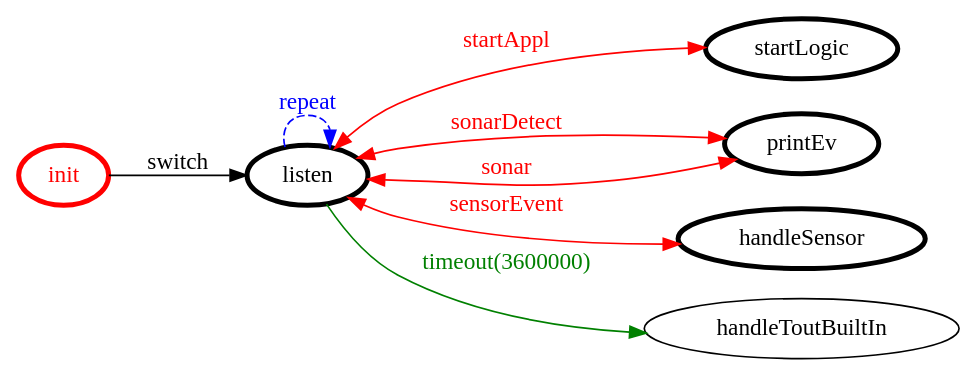
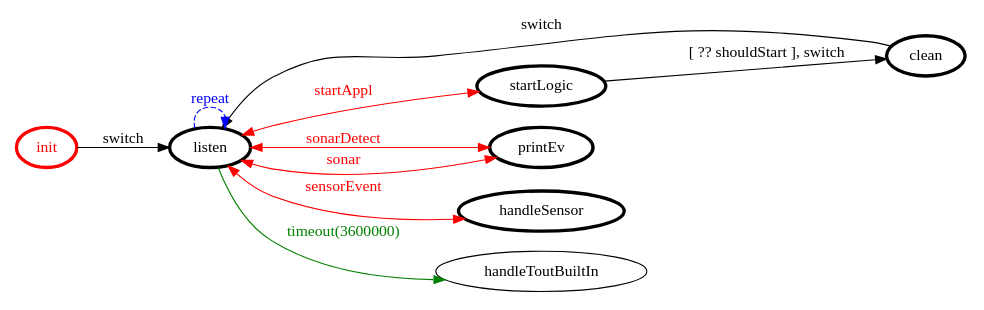
The diagram in it.unibo.finaltask/srcMore/it/unibo/webguiexecutor/webguiexecutor.gv (piscoTech/uniboIss2018), drawn with Graphviz before and after one commit. The commit also changed 59 other files, not shown here.

```diff
--- a/it.unibo.finaltask/srcMore/it/unibo/webguiexecutor/webguiexecutor.gv
+++ b/it.unibo.finaltask/srcMore/it/unibo/webguiexecutor/webguiexecutor.gv
@@ -1,25 +1,28 @@
 /*
 *
 * A GraphViz DOT FSM description 
 * Please use a GraphViz visualizer (like http://www.webgraphviz.com)
 *  
 */
 
 digraph finite_state_machine {
 	rankdir=LR
 	size="8,5"
 	
 	init [ color = red ][ fontcolor = red ][ penwidth = 3 ]
 	startLogic [ color = black ][ fontcolor = black ][ penwidth = 3 ]
 	printEv [ color = black ][ fontcolor = black ][ penwidth = 3 ]
 	handleSensor [ color = black ][ fontcolor = black ][ penwidth = 3 ]
+	clean [ color = black ][ fontcolor = black ][ penwidth = 3 ]
 	listen [ color = black ][ fontcolor = black ][ penwidth = 3 ]
 	
 	listen -> listen [ label = "repeat "][ style = dashed ][ color = blue ][ fontcolor = blue ]
 	listen -> printEv [ label = "sonarDetect" ][ color = red ][ fontcolor = red ][ dir = both ]
 	init -> listen [ label = "switch" ][ color = black ][ fontcolor = black ]
 	listen -> printEv [ label = "sonar" ][ color = red ][ fontcolor = red ][ dir = both ]
 	listen -> startLogic [ label = "startAppl" ][ color = red ][ fontcolor = red ][ dir = both ]
 	listen -> handleSensor [ label = "sensorEvent" ][ color = red ][ fontcolor = red ][ dir = both ]
+	startLogic -> clean [ label = "[ ?? shouldStart ], switch" ][ color = black ][ fontcolor = black ]
 	listen -> handleToutBuiltIn [ label = "timeout(3600000)" ][ color = green ][ fontcolor = green ]
+	clean -> listen [ label = "switch" ][ color = black ][ fontcolor = black ]
 }
```
